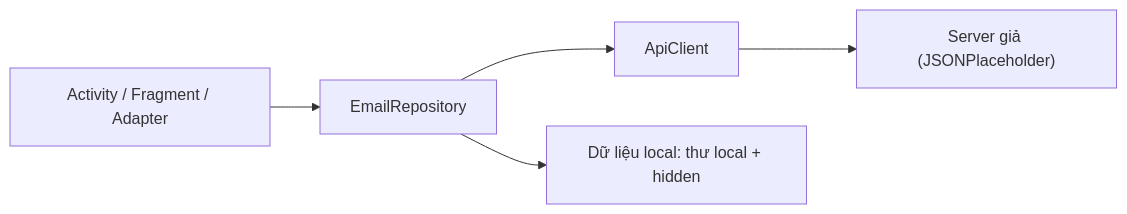
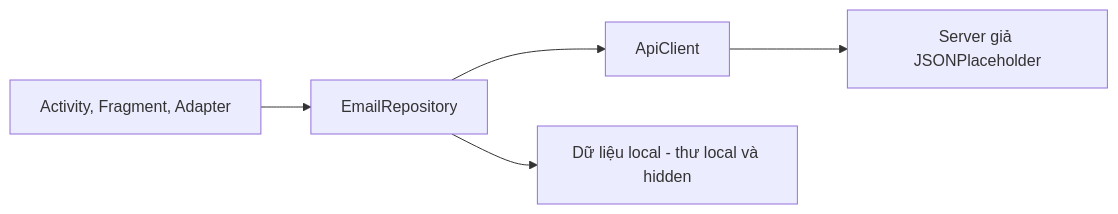
Before and after one commit to Dak1096/MobileDev_2026: the seventh of 7 diagrams in README.md, drawn with Mermaid. The commit also changed other lines of this file, not shown here.

Commit message:
Update flowcharts in README for clarity

````diff
--- a/README.md
+++ b/README.md
@@ -205,7 +215,7 @@
 ```mermaid
 flowchart LR
-    UI["Activity / Fragment / Adapter"] --> R[EmailRepository]
-    R --> A[ApiClient]
-    A --> S["Server giả (JSONPlaceholder)"]
-    R --> LC["Dữ liệu local: thư local + hidden"]
+    UI["Activity, Fragment, Adapter"] --> R["EmailRepository"]
+    R --> A["ApiClient"]
+    A --> S["Server giả JSONPlaceholder"]
+    R --> LC["Dữ liệu local - thư local và hidden"]
 ```
````
